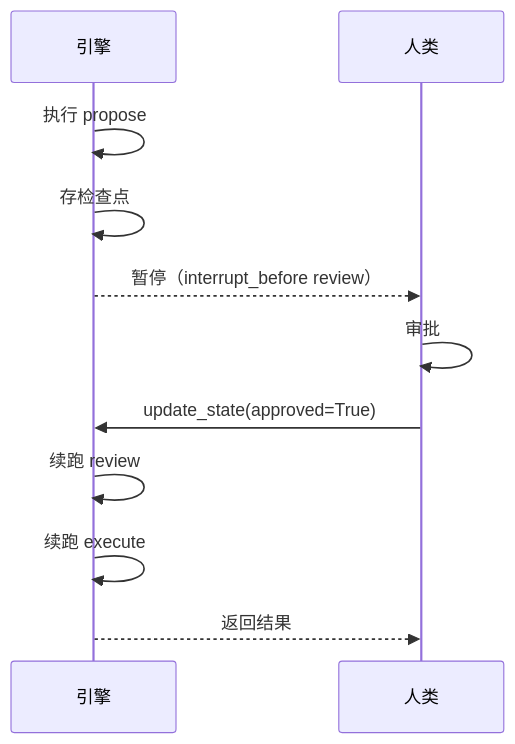
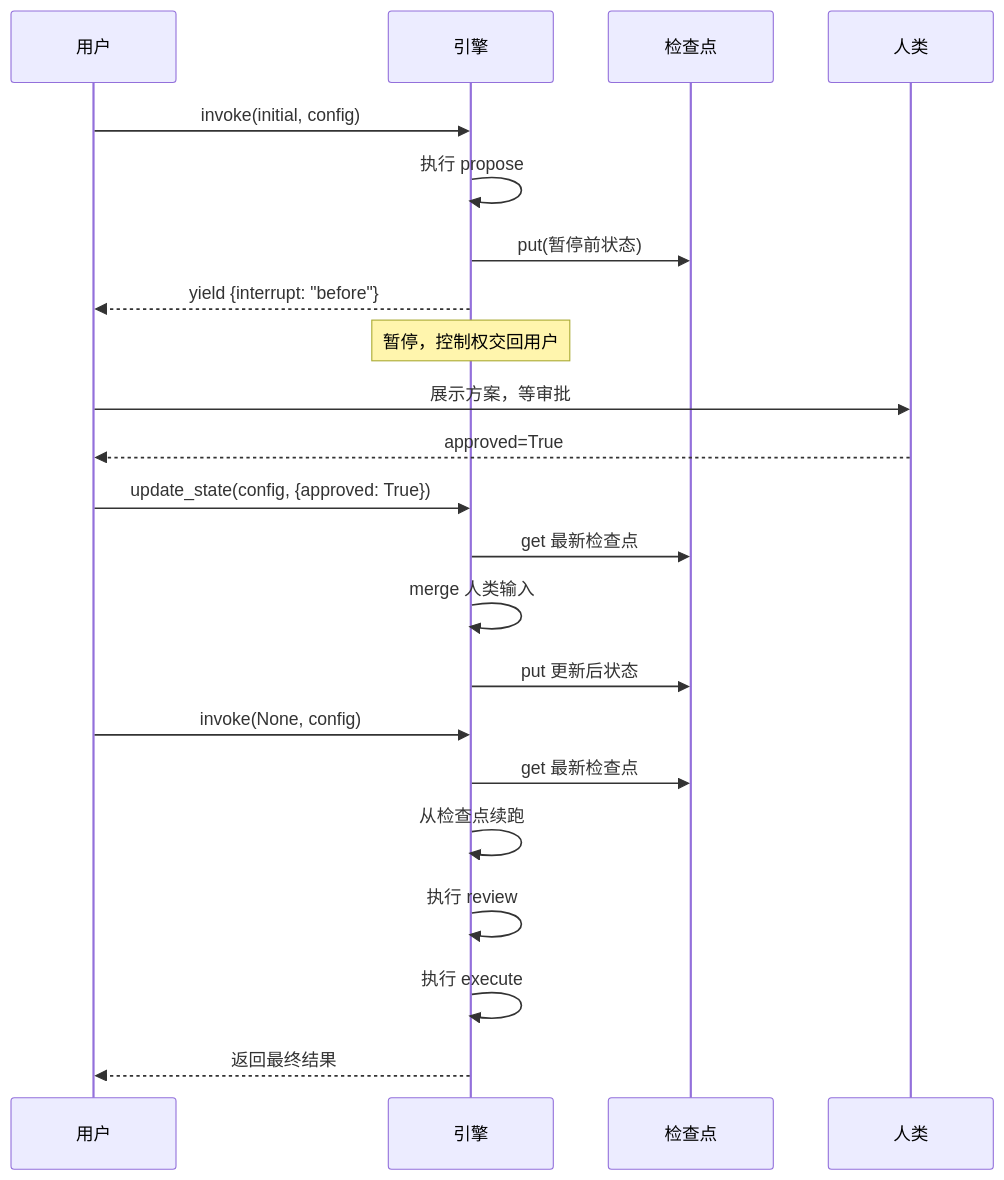
Before and after one commit to wanglh39/langgraph: the first of 4 diagrams in docs/stages/stage_8_interrupt.md, drawn with Mermaid. The commit also changed other lines of this file and 16 other files, not shown here.

````diff
--- a/docs/stages/stage_8_interrupt.md
+++ b/docs/stages/stage_8_interrupt.md
@@ -29,13 +48,28 @@
 ```mermaid
 sequenceDiagram
+    participant U as 用户
     participant E as 引擎
+    participant C as 检查点
     participant H as 人类
+
+    U->>E: invoke(initial, config)
     E->>E: 执行 propose
-    E->>E: 存检查点
-    E-->>H: 暂停（interrupt_before review）
-    H->>H: 审批
-    H->>E: update_state(approved=True)
-    E->>E: 续跑 review
-    E->>E: 续跑 execute
-    E-->>H: 返回结果
+    E->>C: put(暂停前状态)
+    E-->>U: yield {interrupt: "before"}
+    Note over E: 暂停，控制权交回用户
+
+    U->>H: 展示方案，等审批
+    H-->>U: approved=True
+
+    U->>E: update_state(config, {approved: True})
+    E->>C: get 最新检查点
+    E->>E: merge 人类输入
+    E->>C: put 更新后状态
+
+    U->>E: invoke(None, config)
+    E->>C: get 最新检查点
+    E->>E: 从检查点续跑
+    E->>E: 执行 review
+    E->>E: 执行 execute
+    E-->>U: 返回最终结果
 ```
````
